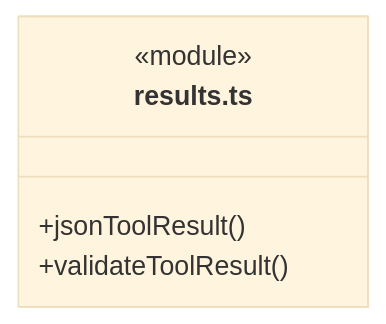
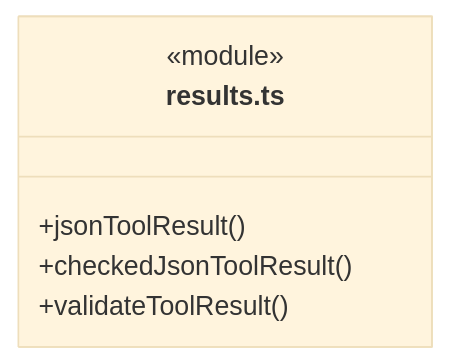
One commit to nan023062/cbim changed the sixth of 11 diagrams in src/backend/core/tools/ARCHITECTURE.md. Above: the diagram before and after it, drawn with Mermaid (base theme). The commit also changed other lines of this file and 28 other files, not shown here.

````diff
--- a/src/backend/core/tools/ARCHITECTURE.md
+++ b/src/backend/core/tools/ARCHITECTURE.md
@@ -100,8 +139,9 @@
 ```mermaid
 classDiagram
 class N_src_backend_core_tools_results_ts["results.ts"] {
   <<module>>
   +jsonToolResult()
+  +checkedJsonToolResult()
   +validateToolResult()
 }
 ```
````
